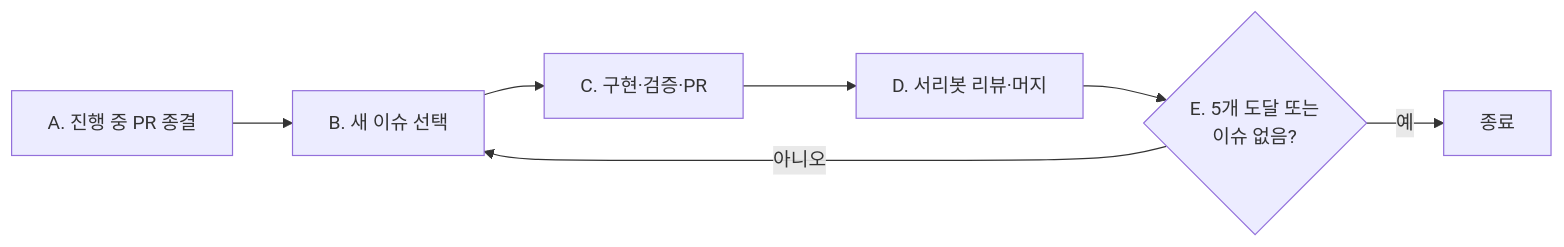
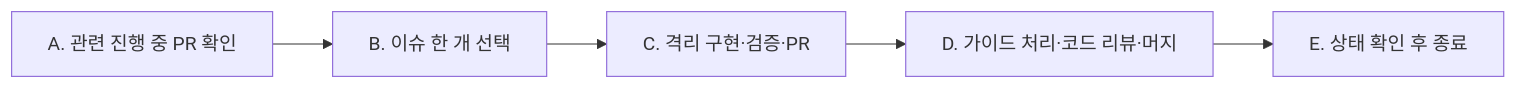
One commit to seorilabs/.github changed the diagram in docs/agent-governance/autonomous-issue-routine.md. Above: the diagram before and after it, drawn with Mermaid. The commit also changed other lines of this file and 49 other files, not shown here.

````diff
--- a/docs/agent-governance/autonomous-issue-routine.md
+++ b/docs/agent-governance/autonomous-issue-routine.md
@@ -15,9 +15,7 @@
 ```mermaid
 flowchart LR
-  A["A. 진행 중 PR 종결"] --> B["B. 새 이슈 선택"]
-  B --> C["C. 구현·검증·PR"]
-  C --> D["D. 서리봇 리뷰·머지"]
-  D --> E{"E. 5개 도달 또는<br/>이슈 없음?"}
-  E -- "아니오" --> B
-  E -- "예" --> Stop["종료"]
+  A["A. 관련 진행 중 PR 확인"] --> B["B. 이슈 한 개 선택"]
+  B --> C["C. 격리 구현·검증·PR"]
+  C --> D["D. 가이드 처리·코드 리뷰·머지"]
+  D --> Stop["E. 상태 확인 후 종료"]
 ```
````
